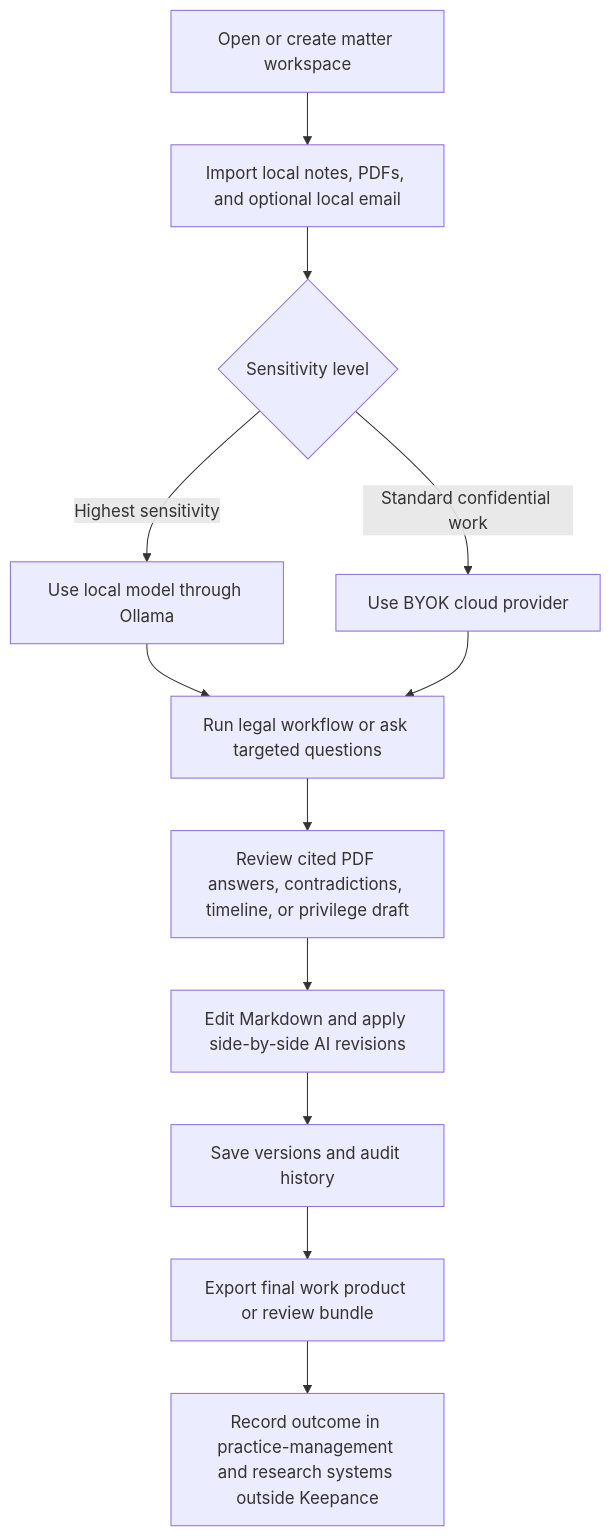
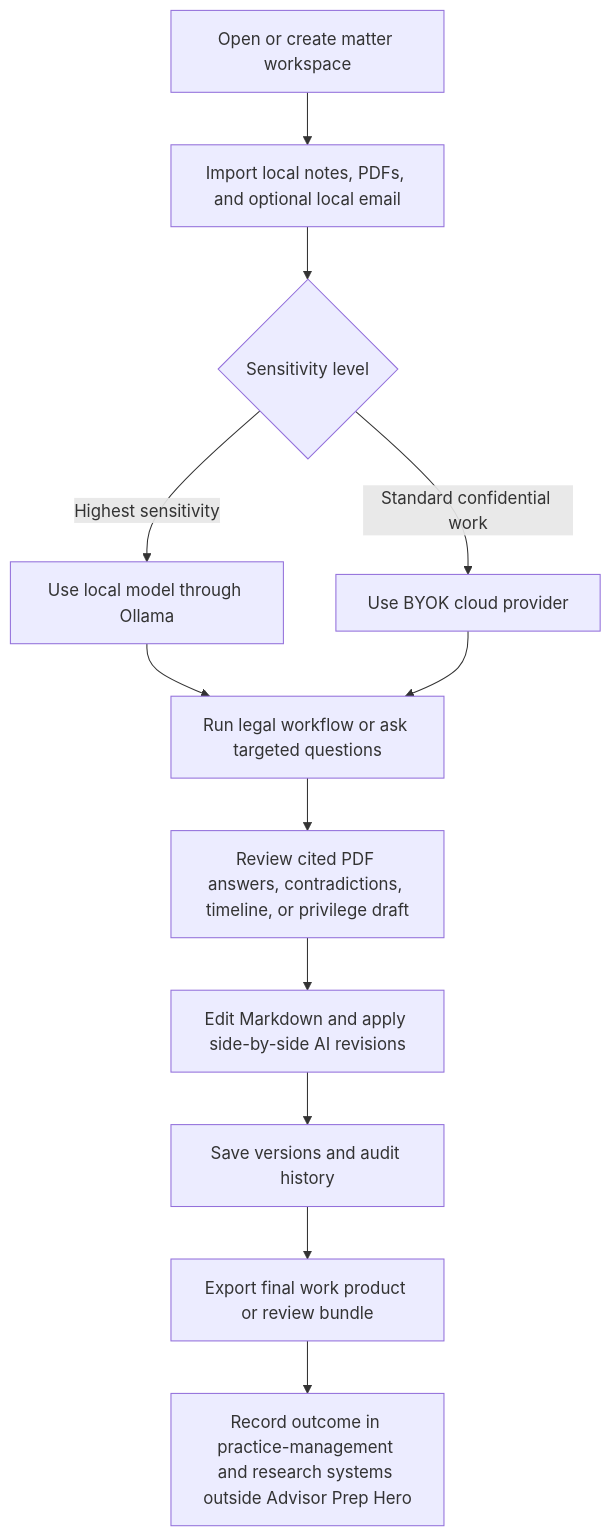
One commit to joelbridger/projelli changed the diagram in docs/research/2026-06-08-ux-attorney-v2.5.1/deep-research-reports/ChatGPT deep research attorney UX report Keepance.md. Above: the diagram before and after it, drawn with Mermaid. The commit also changed other lines of this file and 564 other files, not shown here.

First line of the commit message:
feat(phase2): rename Keepance → Advisor Prep Hero / LANTERN — prose, Rust lib, logo, comments

````diff
--- a/docs/research/2026-06-08-ux-attorney-v2.5.1/deep-research-reports/ChatGPT deep research attorney UX report Keepance.md
+++ b/docs/research/2026-06-08-ux-attorney-v2.5.1/deep-research-reports/ChatGPT deep research attorney UX report Keepance.md
@@ -159,14 +159,14 @@
 ```mermaid
 flowchart TD
     A[Open or create matter workspace] --> B[Import local notes, PDFs, and optional local email]
     B --> C{Sensitivity level}
     C -->|Highest sensitivity| D[Use local model through Ollama]
     C -->|Standard confidential work| E[Use BYOK cloud provider]
     D --> F[Run legal workflow or ask targeted questions]
     E --> F
     F --> G[Review cited PDF answers, contradictions, timeline, or privilege draft]
     G --> H[Edit Markdown and apply side-by-side AI revisions]
     H --> I[Save versions and audit history]
     I --> J[Export final work product or review bundle]
-    J --> K[Record outcome in practice-management and research systems outside Keepance]
+    J --> K[Record outcome in practice-management and research systems outside Advisor Prep Hero]
 ```
````
